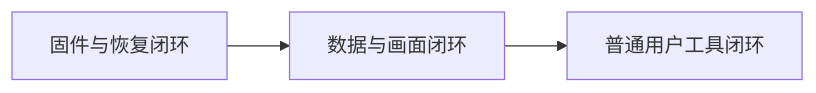
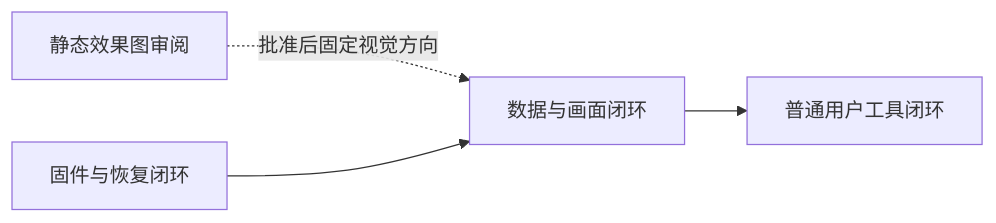
One commit to andy-JustSayWhen/cuktech-ap01-firmware-tools changed the diagram in reference/开发计划/开发实施计划.md. Above: the diagram before and after it, drawn with Mermaid. The commit also changed other lines of this file, not shown here.

Commit message:
docs: 提前看板效果图审阅阶段

````diff
--- a/reference/开发计划/开发实施计划.md
+++ b/reference/开发计划/开发实施计划.md
@@ -12,5 +13,6 @@
 ```mermaid
 flowchart LR
+    V["静态效果图审阅"] -. "批准后固定视觉方向" .-> B
     A["固件与恢复闭环"] --> B["数据与画面闭环"]
     B --> C["普通用户工具闭环"]
 ```
````
